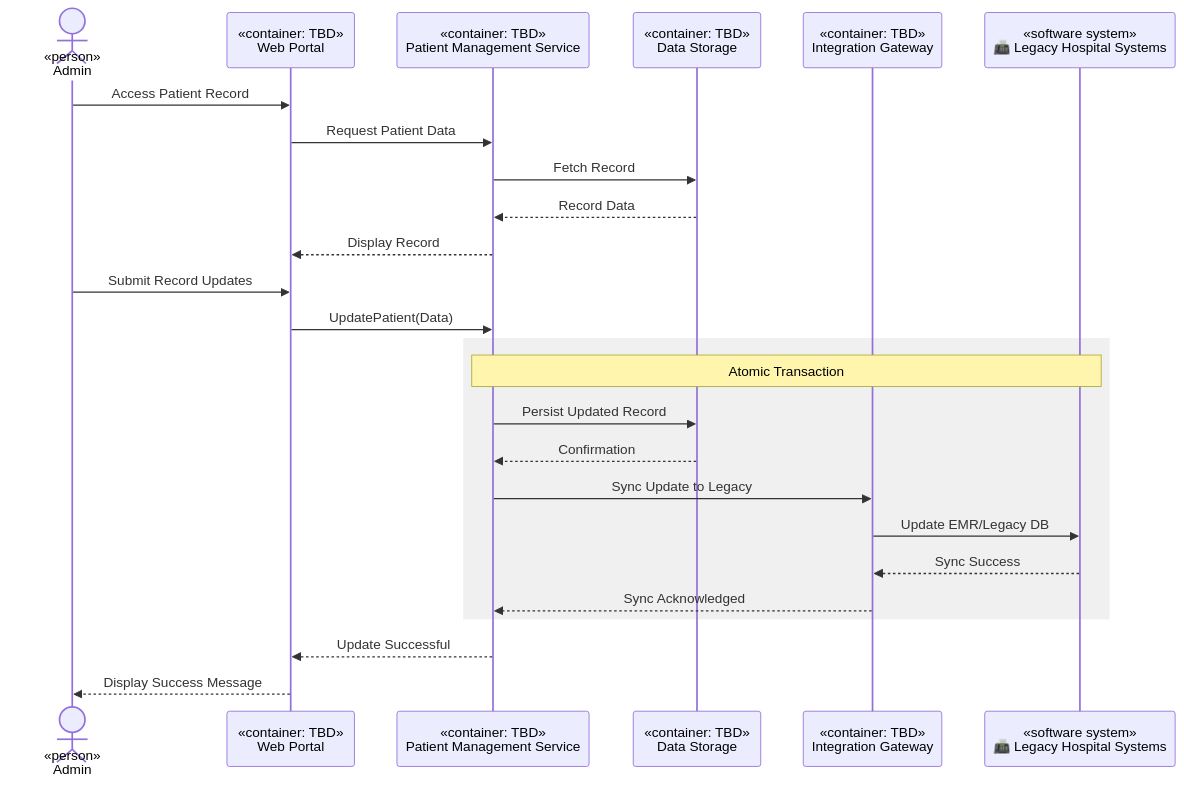
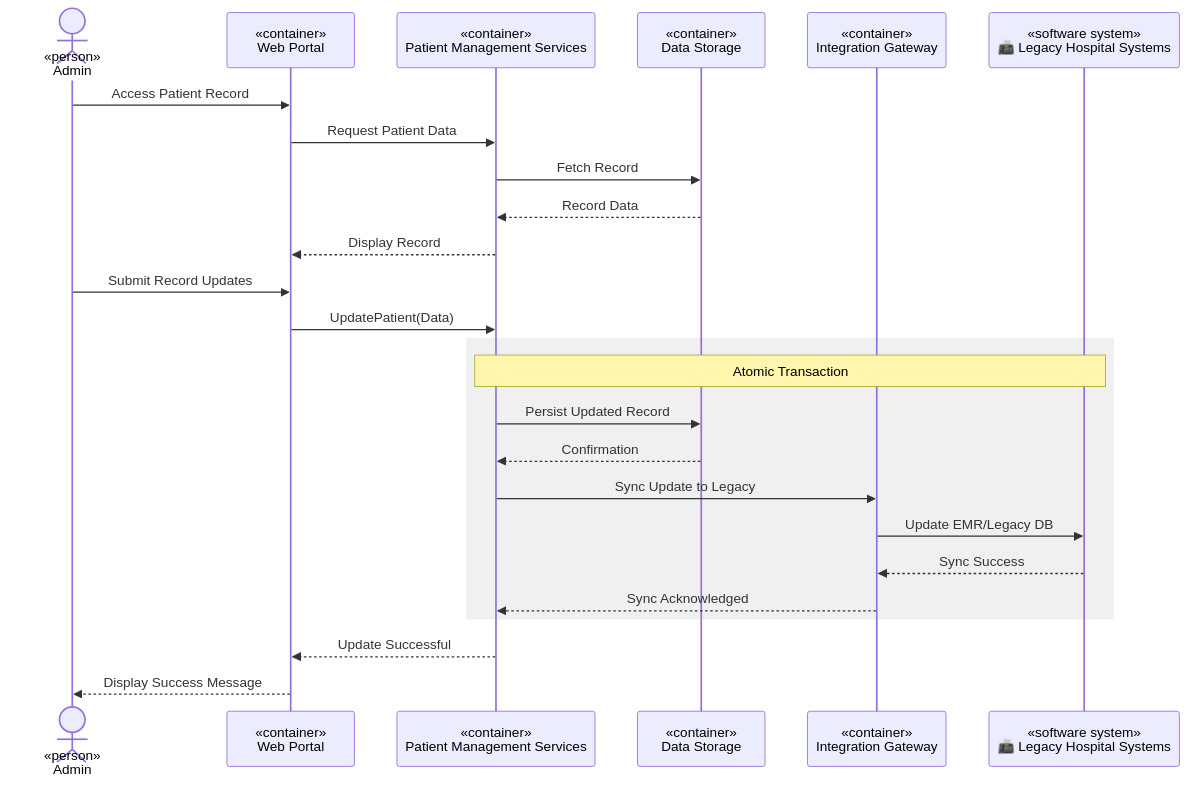
Before and after one commit to iugori/pulse-patrol: the seventh of 12 diagrams in docs/ARD-v2.1.md, drawn with Mermaid. The commit also changed other lines of this file and 2 other files, not shown here.

````diff
--- a/docs/ARD-v2.1.md
+++ b/docs/ARD-v2.1.md
@@ -495,29 +497,29 @@
 ```mermaid
 sequenceDiagram
     actor Admin as «person»<br/>Admin<br/>
-    participant Portal as «container: TBD»<br/>Web Portal
-    participant PMS as «container: TBD»<br/>Patient Management Service
-    participant Storage as «container: TBD»<br/>Data Storage
-    participant Gateway as «container: TBD»<br/>Integration Gateway
+    participant Portal as «container»<br/>Web Portal
+    participant PMS as «container»<br/>Patient Management Services
+    participant Storage as «container»<br/>Data Storage
+    participant Gateway as «container»<br/>Integration Gateway
     participant Legacy as «software system»<br/>📠 Legacy Hospital Systems
     Admin ->> Portal: Access Patient Record
     Portal ->> PMS: Request Patient Data
     PMS ->> Storage: Fetch Record
     Storage -->> PMS: Record Data
     PMS -->> Portal: Display Record
     Admin ->> Portal: Submit Record Updates
     Portal ->> PMS: UpdatePatient(Data)
 
     rect rgb(240, 240, 240)
         Note over PMS, Legacy: Atomic Transaction
         PMS ->> Storage: Persist Updated Record
         Storage -->> PMS: Confirmation
         PMS ->> Gateway: Sync Update to Legacy
         Gateway ->> Legacy: Update EMR/Legacy DB
         Legacy -->> Gateway: Sync Success
         Gateway -->> PMS: Sync Acknowledged
     end
 
     PMS -->> Portal: Update Successful
     Portal -->> Admin: Display Success Message
 ```
````
